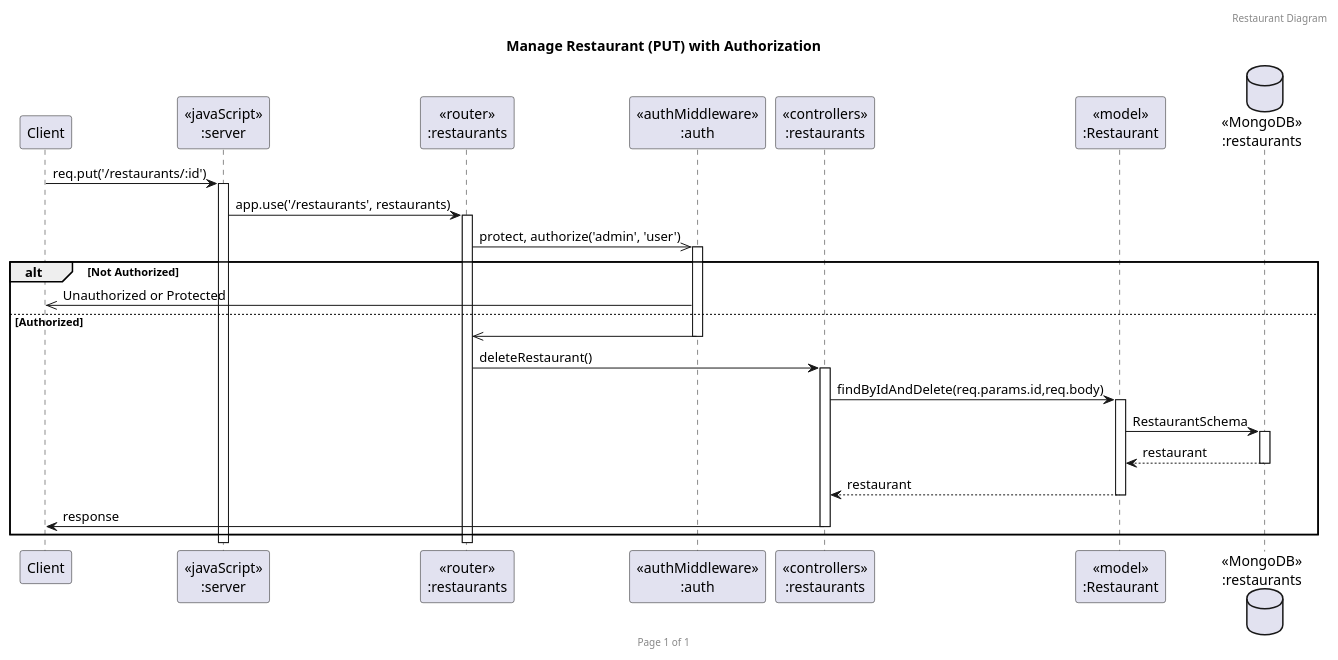
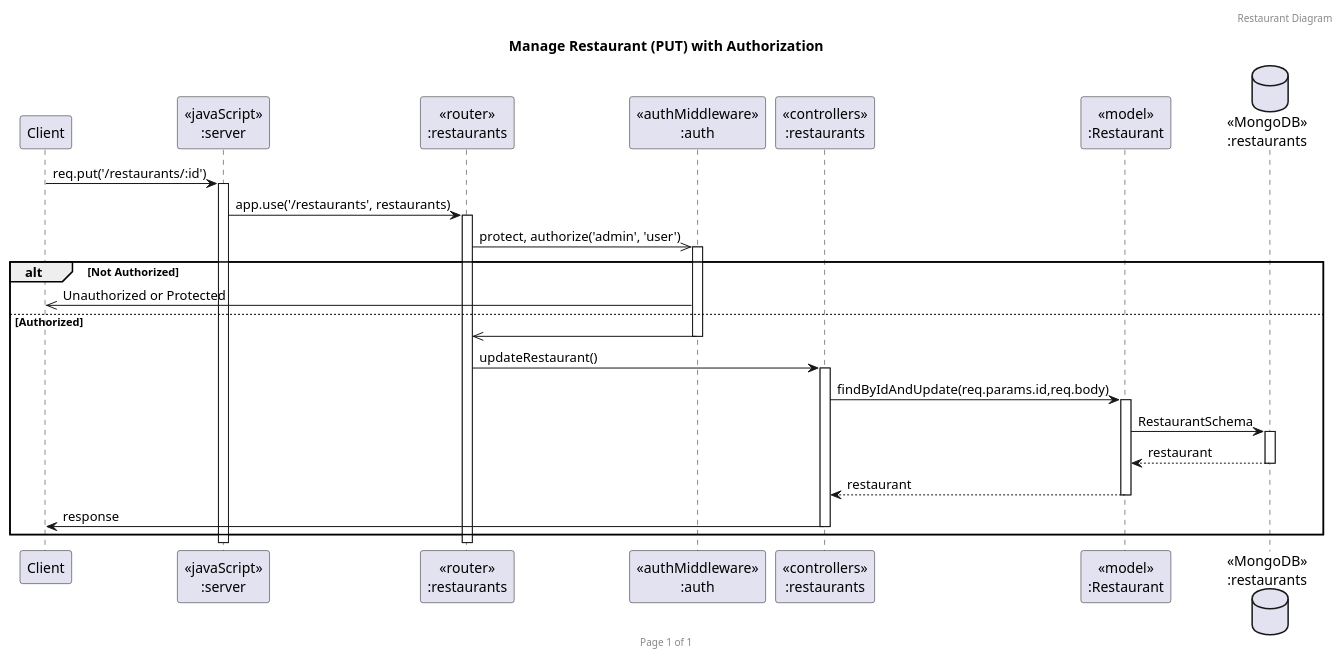
Before and after one commit to punchanabu/redrice-backend-express: the diagram in uml/restaurant(update).puml, drawn with PlantUML. The commit also changed 2 other files, not shown here.

```diff
--- a/uml/restaurant(update).puml
+++ b/uml/restaurant(update).puml
@@ -1,32 +1,32 @@
 @startuml
 header Restaurant Diagram
 footer Page %page% of %lastpage%
 title "Manage Restaurant (PUT) with Authorization"
 
 participant "Client" as client
 participant "<<javaScript>>\n:server" as server
 participant "<<router>>\n:restaurants" as routerRestaurants
 participant "<<authMiddleware>>\n:auth" as authMiddleware
 participant "<<controllers>>\n:restaurants" as controllersRestaurants
 participant "<<model>>\n:Restaurant" as modelRestaurant
 database "<<MongoDB>>\n:restaurants" as RestaurantsDatabase
 
 client->server ++:req.put('/restaurants/:id')
 server->routerRestaurants ++:app.use('/restaurants', restaurants)
 routerRestaurants->>authMiddleware ++:protect, authorize('admin', 'user')
 
 alt Not Authorized
     authMiddleware->>client :Unauthorized or Protected
 else Authorized
     authMiddleware->>routerRestaurants -- :
-    routerRestaurants->controllersRestaurants ++:deleteRestaurant()
-    controllersRestaurants->modelRestaurant ++:findByIdAndDelete(req.params.id,req.body)
+    routerRestaurants->controllersRestaurants ++:updateRestaurant()
+    controllersRestaurants->modelRestaurant ++:findByIdAndUpdate(req.params.id,req.body)
     modelRestaurant ->RestaurantsDatabase ++: RestaurantSchema
     RestaurantsDatabase --> modelRestaurant --: restaurant
     controllersRestaurants <-- modelRestaurant --: restaurant
     controllersRestaurants->client --:response
 end
 
 
 
 @enduml
```
